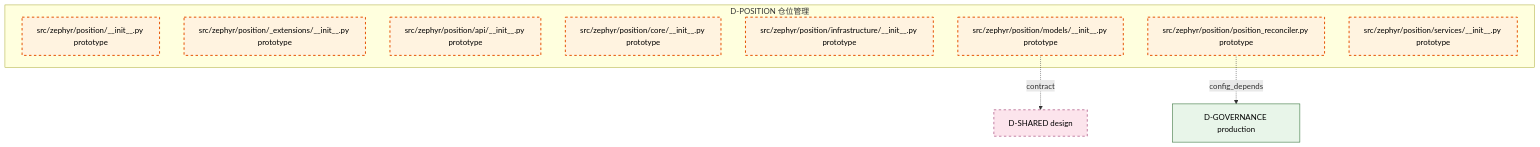
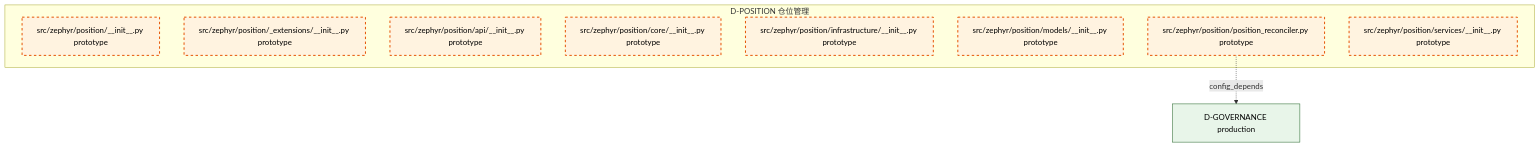
One commit to xuanFelixVan/ZephyrAlpha changed the diagram in docs/02_enterprise_architecture/02_domain_architecture_docs/46_d_position.md. Above: the diagram before and after it, drawn with Mermaid. The commit also changed other lines of this file and 4786 other files, not shown here.

````diff
--- a/docs/02_enterprise_architecture/02_domain_architecture_docs/46_d_position.md
+++ b/docs/02_enterprise_architecture/02_domain_architecture_docs/46_d_position.md
@@ -62,24 +62,21 @@
 ```mermaid
 graph TD
     subgraph D_POSITION["D-POSITION 仓位管理"]
         src_zephyr_position_init_py["src/zephyr/position/__init__.py prototype"]
         src_zephyr_position_extensions_init_py["src/zephyr/position/_extensions/__init__.py prototype"]
         src_zephyr_position_api_init_py["src/zephyr/position/api/__init__.py prototype"]
         src_zephyr_position_core_init_py["src/zephyr/position/core/__init__.py prototype"]
         src_zephyr_position_infrastructure_init_py["src/zephyr/position/infrastructure/__init__.py prototype"]
         src_zephyr_position_models_init_py["src/zephyr/position/models/__init__.py prototype"]
         src_zephyr_position_position_reconciler_py["src/zephyr/position/position_reconciler.py prototype"]
         src_zephyr_position_services_init_py["src/zephyr/position/services/__init__.py prototype"]
     end
     D_GOVERNANCE["D-GOVERNANCE production"]
     src_zephyr_position_position_reconciler_py -.->|config_depends| D_GOVERNANCE
-    D_SHARED["D-SHARED design"]
-    src_zephyr_position_models_init_py -.->|contract| D_SHARED
     classDef production fill:#e1f5fe,stroke:#01579b,stroke-width:2px,color:#000
     classDef design fill:#fff3e0,stroke:#e65100,stroke-width:2px,color:#000,stroke-dasharray: 5 5
     classDef external_prod fill:#e8f5e9,stroke:#1b5e20,stroke-width:1px,color:#000
     classDef external_design fill:#fce4ec,stroke:#880e4f,stroke-width:1px,color:#000,stroke-dasharray: 5 5
     class src_zephyr_position_init_py,src_zephyr_position_extensions_init_py,src_zephyr_position_api_init_py,src_zephyr_position_core_init_py,src_zephyr_position_infrastructure_init_py,src_zephyr_position_models_init_py,src_zephyr_position_position_reconciler_py,src_zephyr_position_services_init_py design
     class D_GOVERNANCE external_prod
-    class D_SHARED external_design
 ```
````
